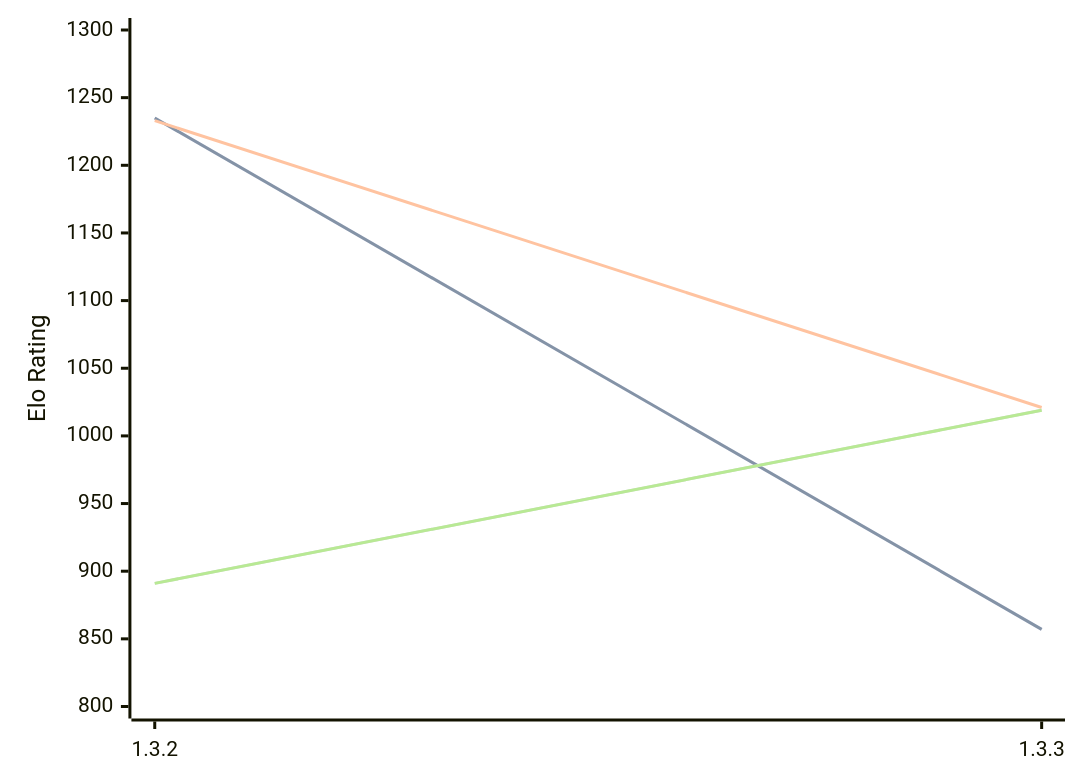
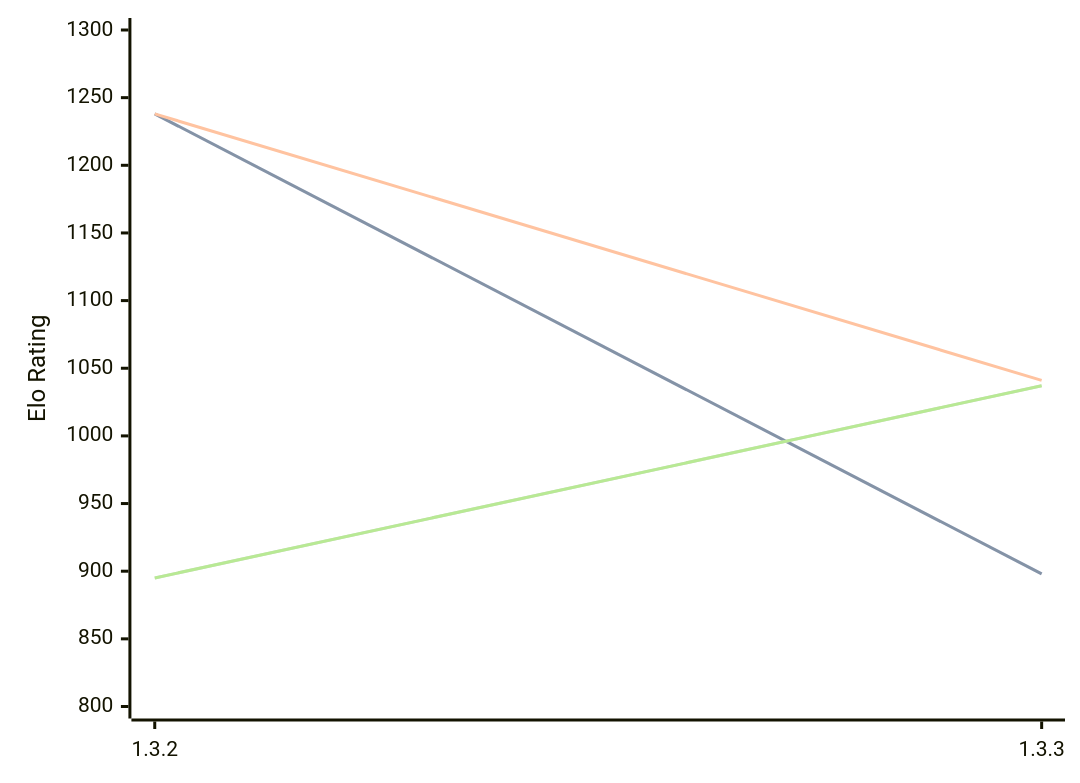
One commit to computer-chess-index/cci changed the diagram in engines/Whitespine.md. Above: the diagram before and after it, drawn with Mermaid. The commit also changed other lines of this file, not shown here.

Commit message:
Update CCI Ratings (ELO VLTC) - 2026-04-14

````diff
--- a/engines/Whitespine.md
+++ b/engines/Whitespine.md
@@ -35,11 +35,11 @@
 ```mermaid
 %%{init: {"theme":"base","themeVariables":{"seriesColors:['#a3a3a3','#222221','#faa371']}}}%%
 xychart-beta
   x-axis ["1.3.2", "1.3.3"]
   y-axis "Elo Rating" 800 --> 1300
-  line "STC (8.0+0.08s)" [1235, 857]
-  line "STC (8.0+0.08s)" [1235, 857]
-  line "LTC (60.0+0.60s)" [1233, 1021]
-  line "VLTC (2m24s+1.12s)" [891, 1019]
-  line "VLTC (2m24s+1.12s)" [891, 1019]
+  line "STC (8.0+0.08s)" [1238, 898]
+  line "STC (8.0+0.08s)" [1238, 898]
+  line "LTC (60.0+0.60s)" [1238, 1041]
+  line "VLTC (2m24s+1.12s)" [895, 1037]
+  line "VLTC (2m24s+1.12s)" [895, 1037]
 ```
````
